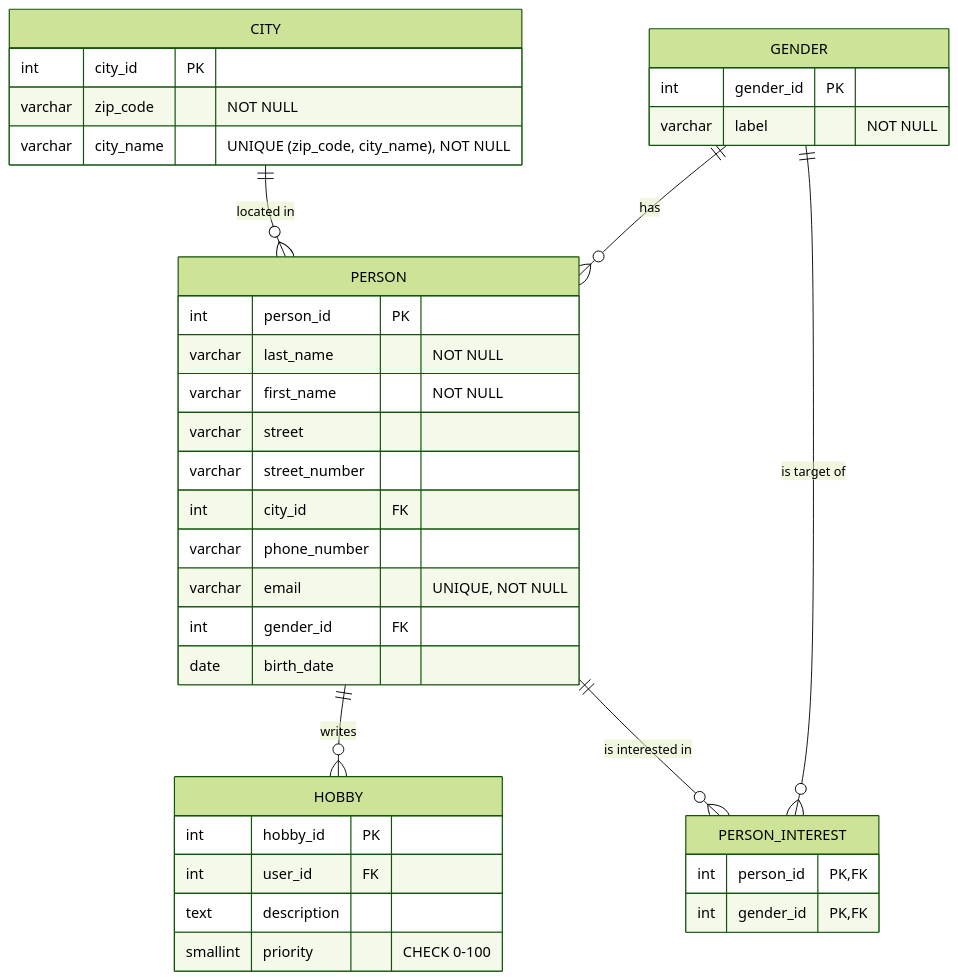
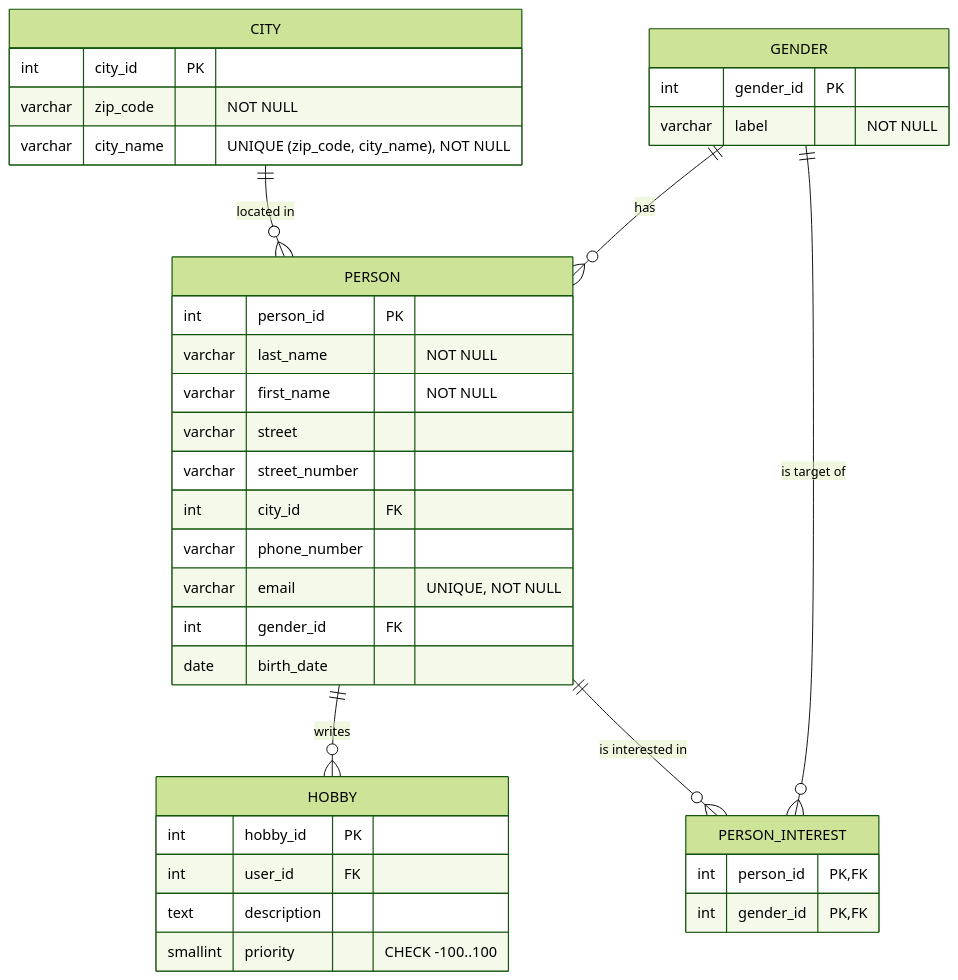
Before and after one commit to Henrikbch1/LetsMeet: the first of 2 diagrams in results/befundnotiz.md, drawn with Mermaid (forest theme). The commit also changed other lines of this file, not shown here.

````diff
--- a/results/befundnotiz.md
+++ b/results/befundnotiz.md
@@ -15,44 +15,44 @@
 ```mermaid
 erDiagram
     CITY {
         int city_id PK
         varchar zip_code "NOT NULL"
         varchar city_name "UNIQUE (zip_code, city_name), NOT NULL"
     }
 
     GENDER {
         int gender_id PK
         varchar label "NOT NULL"
     }
 
     PERSON {
         int person_id PK
         varchar last_name "NOT NULL"
         varchar first_name "NOT NULL"
         varchar street
         varchar street_number
         int city_id FK
         varchar phone_number
         varchar email "UNIQUE, NOT NULL"
         int gender_id FK
         date birth_date
     }
 
     HOBBY {
         int hobby_id PK
         int user_id FK
         text description
-        smallint priority "CHECK 0-100"
+        smallint priority "CHECK -100..100"
     }
 
     PERSON_INTEREST {
         int person_id PK,FK
         int gender_id PK,FK
     }
 
     CITY      ||--o{ PERSON      : "located in"
     GENDER    ||--o{ PERSON      : "has"
     PERSON    ||--o{ HOBBY         : "writes"
     PERSON    ||--o{ PERSON_INTEREST : "is interested in"
     GENDER    ||--o{ PERSON_INTEREST : "is target of"
 ```
````
